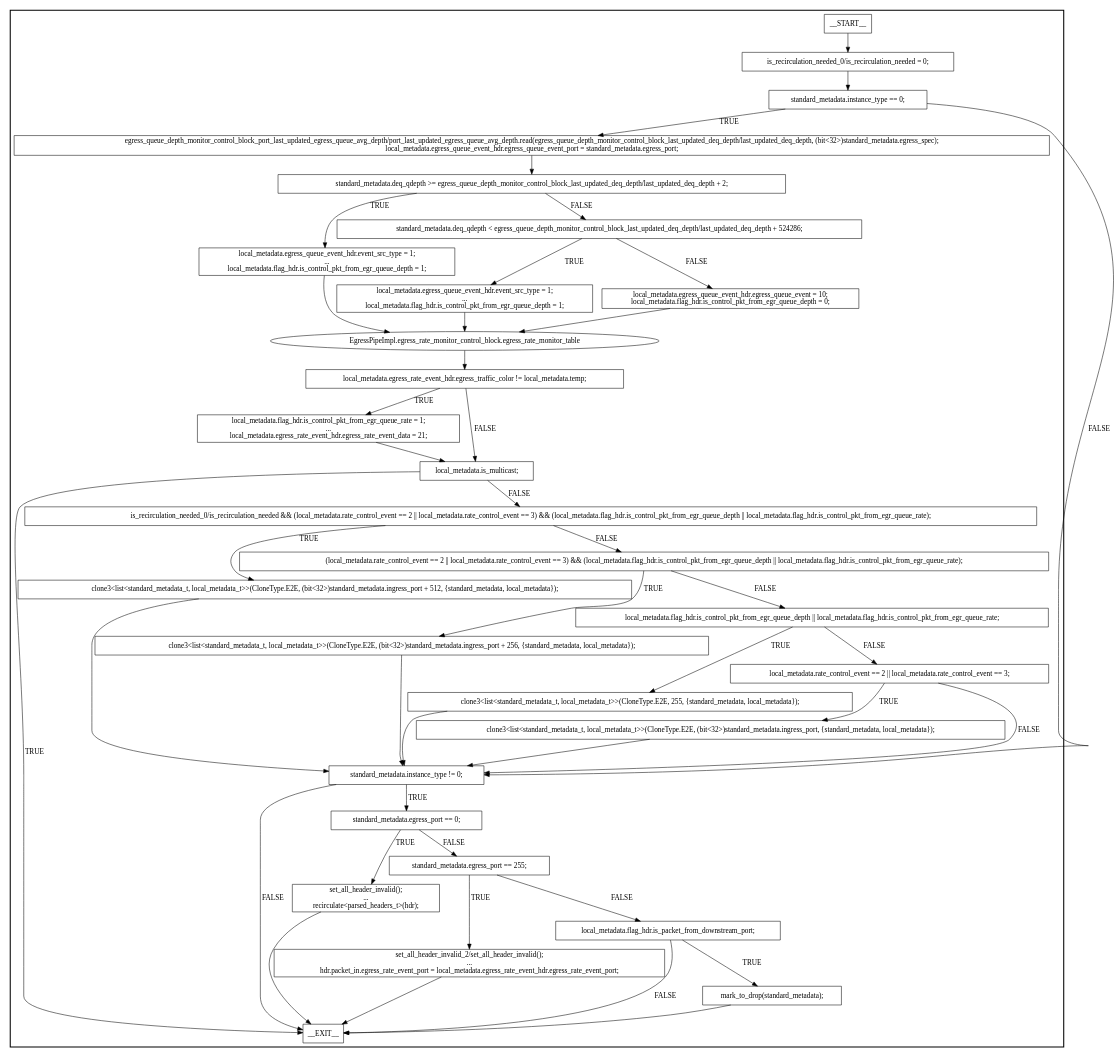
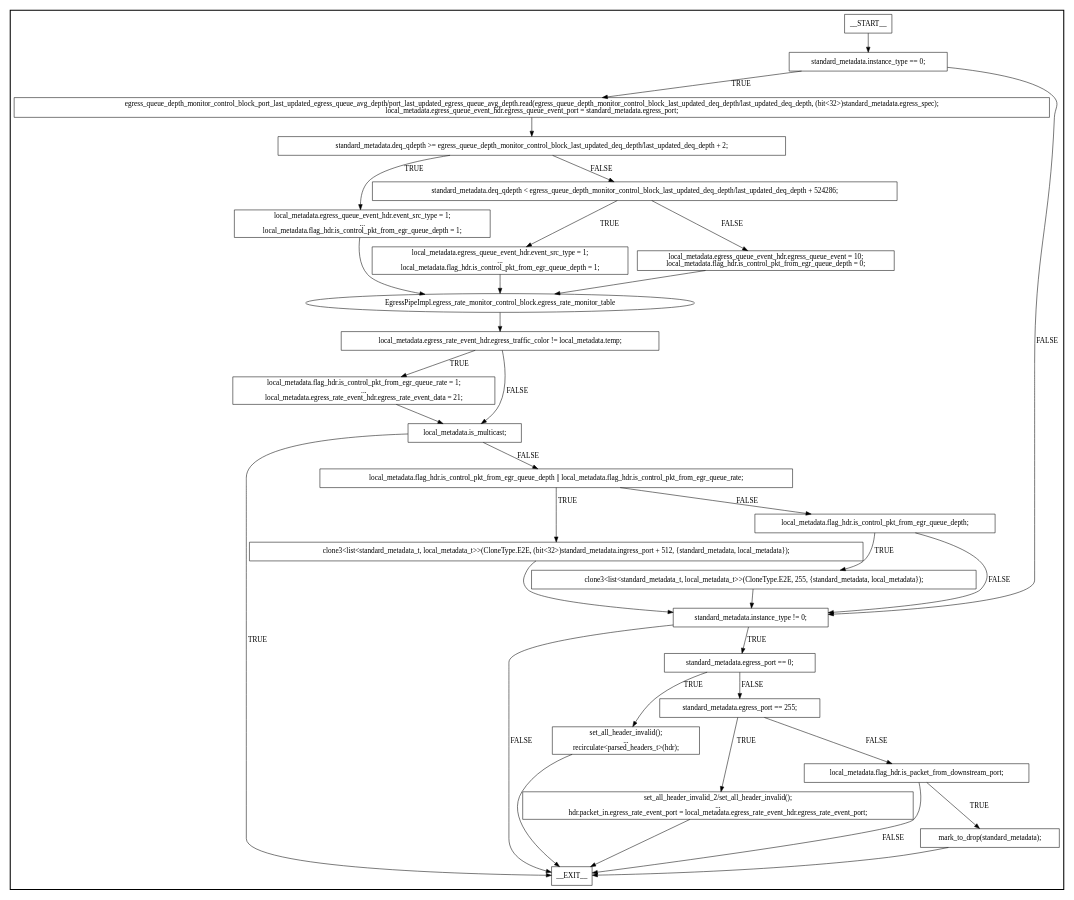
The diagram in p4src/graphs/leaf/EgressPipeImpl.dot (drobinkent/P4TE_UPTO_ELSEVIER_CN_REVISION_1), drawn with Graphviz before and after one commit. The commit also changed 646 other files, not shown here.

```diff
--- a/p4src/graphs/leaf/EgressPipeImpl.dot
+++ b/p4src/graphs/leaf/EgressPipeImpl.dot
@@ -1,88 +1,76 @@
 digraph EgressPipeImpl {
 subgraph cluster {
 graph [
 label="", labeljust=r, style=bold];
 0[label=__START__, margin="", shape=rectangle, style=solid];
 1[label=__EXIT__, margin="", shape=rectangle, style=solid];
-2[label="is_recirculation_needed_0/is_recirculation_needed = 0;", margin="", shape=rectangle, style=solid];
-3[label="standard_metadata.instance_type == 0;", margin="", shape=rectangle, style=solid];
-4[label="egress_queue_depth_monitor_control_block_port_last_updated_egress_queue_avg_depth/port_last_updated_egress_queue_avg_depth.read(egress_queue_depth_monitor_control_block_last_updated_deq_depth/last_updated_deq_depth, (bit<32>)standard_metadata.egress_spec);
+2[label="standard_metadata.instance_type == 0;", margin="", shape=rectangle, style=solid];
+3[label="egress_queue_depth_monitor_control_block_port_last_updated_egress_queue_avg_depth/port_last_updated_egress_queue_avg_depth.read(egress_queue_depth_monitor_control_block_last_updated_deq_depth/last_updated_deq_depth, (bit<32>)standard_metadata.egress_spec);
 local_metadata.egress_queue_event_hdr.egress_queue_event_port = standard_metadata.egress_port;", margin="", shape=rectangle, style=solid];
-5[label="standard_metadata.deq_qdepth >= egress_queue_depth_monitor_control_block_last_updated_deq_depth/last_updated_deq_depth + 2;", margin="", shape=rectangle, style=solid];
-6[label="local_metadata.egress_queue_event_hdr.event_src_type = 1;
+4[label="standard_metadata.deq_qdepth >= egress_queue_depth_monitor_control_block_last_updated_deq_depth/last_updated_deq_depth + 2;", margin="", shape=rectangle, style=solid];
+5[label="local_metadata.egress_queue_event_hdr.event_src_type = 1;
 ...
 local_metadata.flag_hdr.is_control_pkt_from_egr_queue_depth = 1;", margin="", shape=rectangle, style=solid];
-7[label="standard_metadata.deq_qdepth < egress_queue_depth_monitor_control_block_last_updated_deq_depth/last_updated_deq_depth + 524286;", margin="", shape=rectangle, style=solid];
-8[label="local_metadata.egress_queue_event_hdr.event_src_type = 1;
+6[label="standard_metadata.deq_qdepth < egress_queue_depth_monitor_control_block_last_updated_deq_depth/last_updated_deq_depth + 524286;", margin="", shape=rectangle, style=solid];
+7[label="local_metadata.egress_queue_event_hdr.event_src_type = 1;
 ...
 local_metadata.flag_hdr.is_control_pkt_from_egr_queue_depth = 1;", margin="", shape=rectangle, style=solid];
-9[label="local_metadata.egress_queue_event_hdr.egress_queue_event = 10;
+8[label="local_metadata.egress_queue_event_hdr.egress_queue_event = 10;
 local_metadata.flag_hdr.is_control_pkt_from_egr_queue_depth = 0;", margin="", shape=rectangle, style=solid];
-10[label="EgressPipeImpl.egress_rate_monitor_control_block.egress_rate_monitor_table", margin="", shape=ellipse, style=solid];
-11[label="local_metadata.egress_rate_event_hdr.egress_traffic_color != local_metadata.temp;", margin="", shape=rectangle, style=solid];
-12[label="local_metadata.flag_hdr.is_control_pkt_from_egr_queue_rate = 1;
+9[label="EgressPipeImpl.egress_rate_monitor_control_block.egress_rate_monitor_table", margin="", shape=ellipse, style=solid];
+10[label="local_metadata.egress_rate_event_hdr.egress_traffic_color != local_metadata.temp;", margin="", shape=rectangle, style=solid];
+11[label="local_metadata.flag_hdr.is_control_pkt_from_egr_queue_rate = 1;
 ...
 local_metadata.egress_rate_event_hdr.egress_rate_event_data = 21;", margin="", shape=rectangle, style=solid];
-13[label="local_metadata.is_multicast;", margin="", shape=rectangle, style=solid];
-14[label="is_recirculation_needed_0/is_recirculation_needed && (local_metadata.rate_control_event == 2 || local_metadata.rate_control_event == 3) && (local_metadata.flag_hdr.is_control_pkt_from_egr_queue_depth || local_metadata.flag_hdr.is_control_pkt_from_egr_queue_rate);", margin="", shape=rectangle, style=solid];
-15[label="clone3<list<standard_metadata_t, local_metadata_t>>(CloneType.E2E, (bit<32>)standard_metadata.ingress_port + 512, {standard_metadata, local_metadata});", margin="", shape=rectangle, style=solid];
-16[label="(local_metadata.rate_control_event == 2 || local_metadata.rate_control_event == 3) && (local_metadata.flag_hdr.is_control_pkt_from_egr_queue_depth || local_metadata.flag_hdr.is_control_pkt_from_egr_queue_rate);", margin="", shape=rectangle, style=solid];
-17[label="clone3<list<standard_metadata_t, local_metadata_t>>(CloneType.E2E, (bit<32>)standard_metadata.ingress_port + 256, {standard_metadata, local_metadata});", margin="", shape=rectangle, style=solid];
-18[label="local_metadata.flag_hdr.is_control_pkt_from_egr_queue_depth || local_metadata.flag_hdr.is_control_pkt_from_egr_queue_rate;", margin="", shape=rectangle, style=solid];
-19[label="clone3<list<standard_metadata_t, local_metadata_t>>(CloneType.E2E, 255, {standard_metadata, local_metadata});", margin="", shape=rectangle, style=solid];
-20[label="local_metadata.rate_control_event == 2 || local_metadata.rate_control_event == 3;", margin="", shape=rectangle, style=solid];
-21[label="clone3<list<standard_metadata_t, local_metadata_t>>(CloneType.E2E, (bit<32>)standard_metadata.ingress_port, {standard_metadata, local_metadata});", margin="", shape=rectangle, style=solid];
-22[label="standard_metadata.instance_type != 0;", margin="", shape=rectangle, style=solid];
-23[label="standard_metadata.egress_port == 0;", margin="", shape=rectangle, style=solid];
-24[label="set_all_header_invalid();
+12[label="local_metadata.is_multicast;", margin="", shape=rectangle, style=solid];
+13[label="local_metadata.flag_hdr.is_control_pkt_from_egr_queue_depth || local_metadata.flag_hdr.is_control_pkt_from_egr_queue_rate;", margin="", shape=rectangle, style=solid];
+14[label="clone3<list<standard_metadata_t, local_metadata_t>>(CloneType.E2E, (bit<32>)standard_metadata.ingress_port + 512, {standard_metadata, local_metadata});", margin="", shape=rectangle, style=solid];
+15[label="local_metadata.flag_hdr.is_control_pkt_from_egr_queue_depth;", margin="", shape=rectangle, style=solid];
+16[label="clone3<list<standard_metadata_t, local_metadata_t>>(CloneType.E2E, 255, {standard_metadata, local_metadata});", margin="", shape=rectangle, style=solid];
+17[label="standard_metadata.instance_type != 0;", margin="", shape=rectangle, style=solid];
+18[label="standard_metadata.egress_port == 0;", margin="", shape=rectangle, style=solid];
+19[label="set_all_header_invalid();
 ...
 recirculate<parsed_headers_t>(hdr);", margin="", shape=rectangle, style=solid];
-25[label="standard_metadata.egress_port == 255;", margin="", shape=rectangle, style=solid];
-26[label="set_all_header_invalid_2/set_all_header_invalid();
+20[label="standard_metadata.egress_port == 255;", margin="", shape=rectangle, style=solid];
+21[label="set_all_header_invalid_2/set_all_header_invalid();
 ...
 hdr.packet_in.egress_rate_event_port = local_metadata.egress_rate_event_hdr.egress_rate_event_port;", margin="", shape=rectangle, style=solid];
-27[label="local_metadata.flag_hdr.is_packet_from_downstream_port;", margin="", shape=rectangle, style=solid];
-28[label="mark_to_drop(standard_metadata);", margin="", shape=rectangle, style=solid];
+22[label="local_metadata.flag_hdr.is_packet_from_downstream_port;", margin="", shape=rectangle, style=solid];
+23[label="mark_to_drop(standard_metadata);", margin="", shape=rectangle, style=solid];
 0 -> 2[label=""];
-2 -> 3[label=""];
-3 -> 4[label=TRUE];
-3 -> 22[label=FALSE];
-4 -> 5[label=""];
-5 -> 6[label=TRUE];
-5 -> 7[label=FALSE];
-6 -> 10[label=""];
-7 -> 8[label=TRUE];
-7 -> 9[label=FALSE];
-8 -> 10[label=""];
+2 -> 3[label=TRUE];
+2 -> 17[label=FALSE];
+3 -> 4[label=""];
+4 -> 5[label=TRUE];
+4 -> 6[label=FALSE];
+5 -> 9[label=""];
+6 -> 7[label=TRUE];
+6 -> 8[label=FALSE];
+7 -> 9[label=""];
+8 -> 9[label=""];
 9 -> 10[label=""];
-10 -> 11[label=""];
-11 -> 12[label=TRUE];
-11 -> 13[label=FALSE];
-12 -> 13[label=""];
-13 -> 1[label=TRUE];
-13 -> 14[label=FALSE];
-14 -> 15[label=TRUE];
-14 -> 16[label=FALSE];
-15 -> 22[label=""];
-16 -> 17[label=TRUE];
-16 -> 18[label=FALSE];
-17 -> 22[label=""];
+10 -> 11[label=TRUE];
+10 -> 12[label=FALSE];
+11 -> 12[label=""];
+12 -> 1[label=TRUE];
+12 -> 13[label=FALSE];
+13 -> 14[label=TRUE];
+13 -> 15[label=FALSE];
+14 -> 17[label=""];
+15 -> 16[label=TRUE];
+15 -> 17[label=FALSE];
+16 -> 17[label=""];
+17 -> 18[label=TRUE];
+17 -> 1[label=FALSE];
 18 -> 19[label=TRUE];
 18 -> 20[label=FALSE];
-19 -> 22[label=""];
+19 -> 1[label=""];
 20 -> 21[label=TRUE];
 20 -> 22[label=FALSE];
-21 -> 22[label=""];
+21 -> 1[label=""];
 22 -> 23[label=TRUE];
 22 -> 1[label=FALSE];
-23 -> 24[label=TRUE];
-23 -> 25[label=FALSE];
-24 -> 1[label=""];
-25 -> 26[label=TRUE];
-25 -> 27[label=FALSE];
-26 -> 1[label=""];
-27 -> 28[label=TRUE];
-27 -> 1[label=FALSE];
-28 -> 1[label=""];
+23 -> 1[label=""];
 }
 }
```
